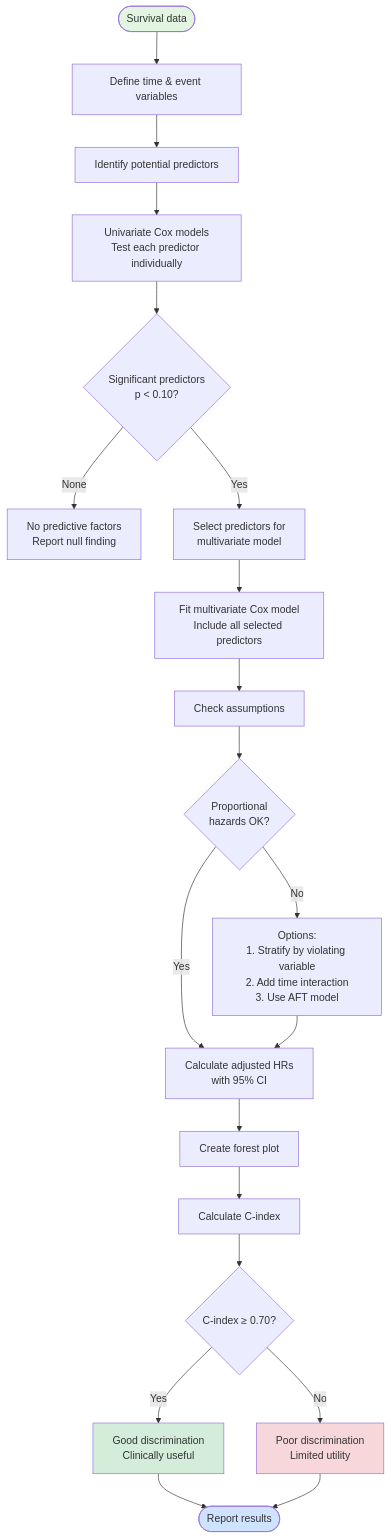
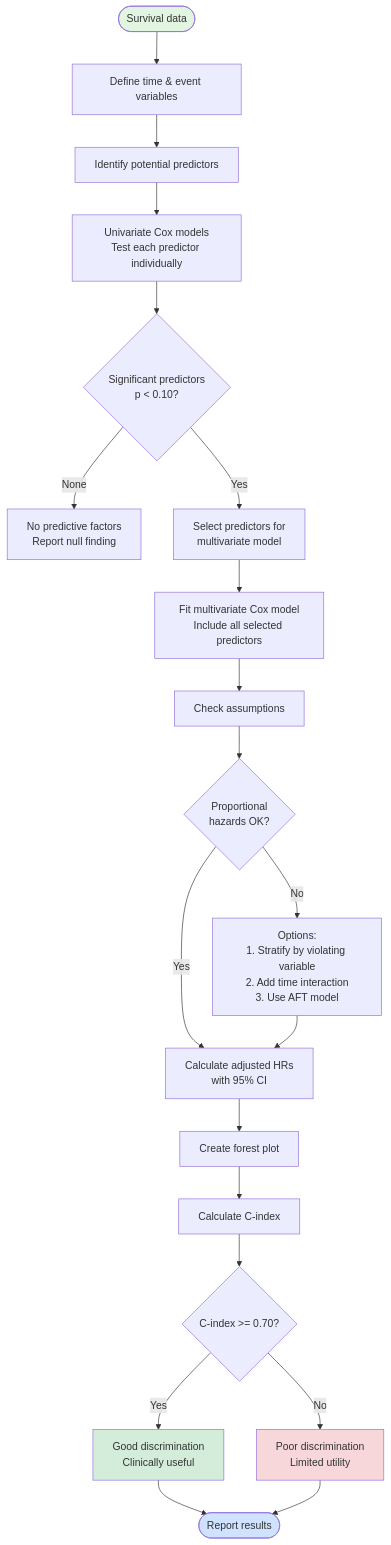
Before and after one commit to sbalci/ClinicoPathJamoviModule: the fifth of 11 diagrams in tutorials/VISUAL_DIAGRAMS.md, drawn with Mermaid. The commit also changed other lines of this file and 736 other files, not shown here.

````diff
--- a/tutorials/VISUAL_DIAGRAMS.md
+++ b/tutorials/VISUAL_DIAGRAMS.md
@@ -269,33 +269,33 @@
 ```mermaid
 flowchart TD
     Start([Survival data]) --> A[Define time & event variables]
     A --> B[Identify potential predictors]
 
     B --> C[Univariate Cox models<br/>Test each predictor individually]
     C --> D{Significant predictors<br/>p < 0.10?}
     D -->|None| E[No predictive factors<br/>Report null finding]
     D -->|Yes| F[Select predictors for<br/>multivariate model]
 
     F --> G[Fit multivariate Cox model<br/>Include all selected predictors]
     G --> H[Check assumptions]
 
     H --> I{Proportional<br/>hazards OK?}
     I -->|No| J[Options:<br/>1. Stratify by violating variable<br/>2. Add time interaction<br/>3. Use AFT model]
     I -->|Yes| K[Calculate adjusted HRs<br/>with 95% CI]
 
     J --> K
     K --> L[Create forest plot]
     L --> M[Calculate C-index]
 
-    M --> N{C-index ≥ 0.70?}
+    M --> N{C-index >= 0.70?}
     N -->|Yes| O[Good discrimination<br/>Clinically useful]
     N -->|No| P[Poor discrimination<br/>Limited utility]
 
     O --> Q([Report results])
     P --> Q
 
     style Start fill:#e1f5e1
     style Q fill:#cfe2ff
     style O fill:#d4edda
     style P fill:#f8d7da
 ```
````
